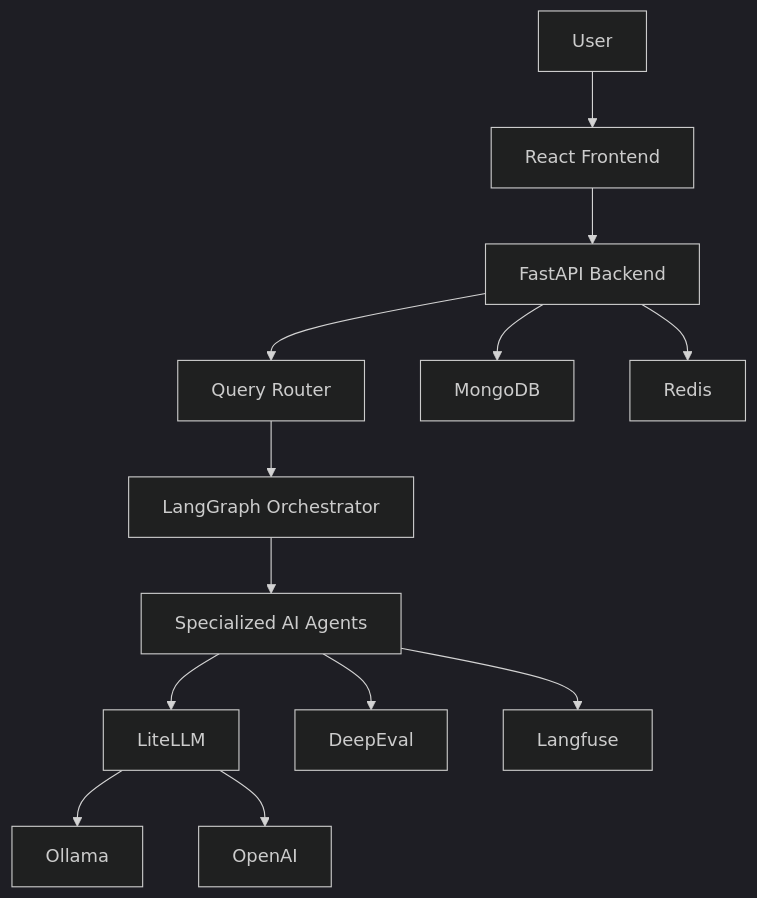
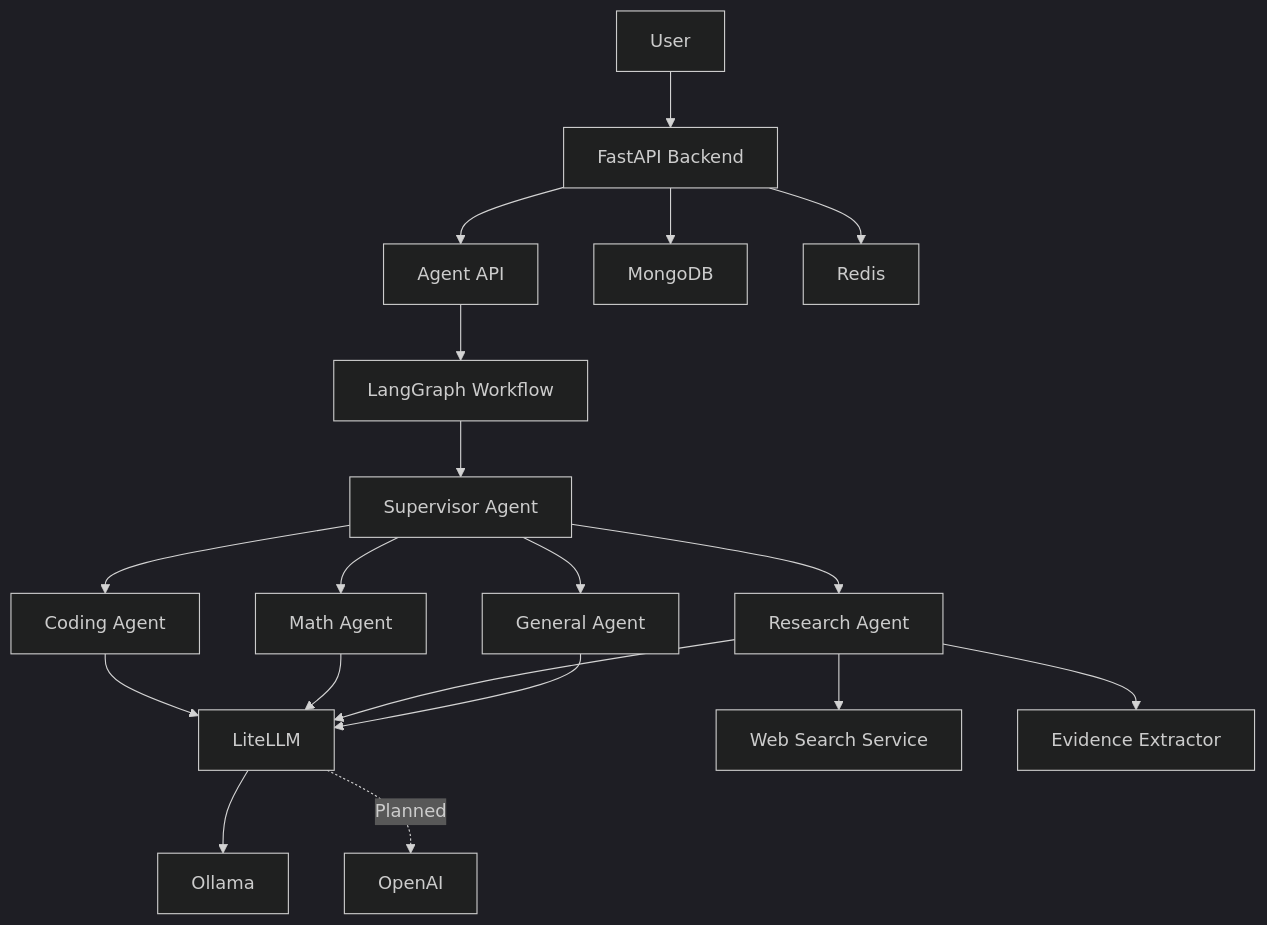
The diagram in README.md (Pooesh/intelligent-agent-platform), drawn with Mermaid (dark theme) before and after one commit. The commit also changed other lines of this file and 25 other files, not shown here.

Commit message:
feat: implement LangGraph multi-agent orchestration and research agent

````diff
--- a/README.md
+++ b/README.md
@@ -34,15 +35,25 @@
 ```mermaid
 flowchart TD
-    A[User] --> B[React Frontend]
-    B --> C[FastAPI Backend]
-    C --> D[Query Router]
-    D --> E[LangGraph Orchestrator]
-    E --> F[Specialized AI Agents]
-    F --> G[LiteLLM]
-    G --> H[Ollama]
-    G --> I[OpenAI]
-    F --> J[DeepEval]
-    F --> K[Langfuse]
-    C --> L[MongoDB]
-    C --> M[Redis]
+    A[User] --> B[FastAPI Backend]
+    B --> C[Agent API]
+    C --> D[LangGraph Workflow]
+    D --> E[Supervisor Agent]
+
+    E --> F[Coding Agent]
+    E --> G[Math Agent]
+    E --> H[Research Agent]
+    E --> I[General Agent]
+
+    F --> J[LiteLLM]
+    G --> J
+    H --> K[Web Search Service]
+    H --> L[Evidence Extractor]
+    H --> J
+    I --> J
+
+    J --> M[Ollama]
+    J -. Planned .-> N[OpenAI]
+
+    B --> O[MongoDB]
+    B --> P[Redis]
 ```
````
